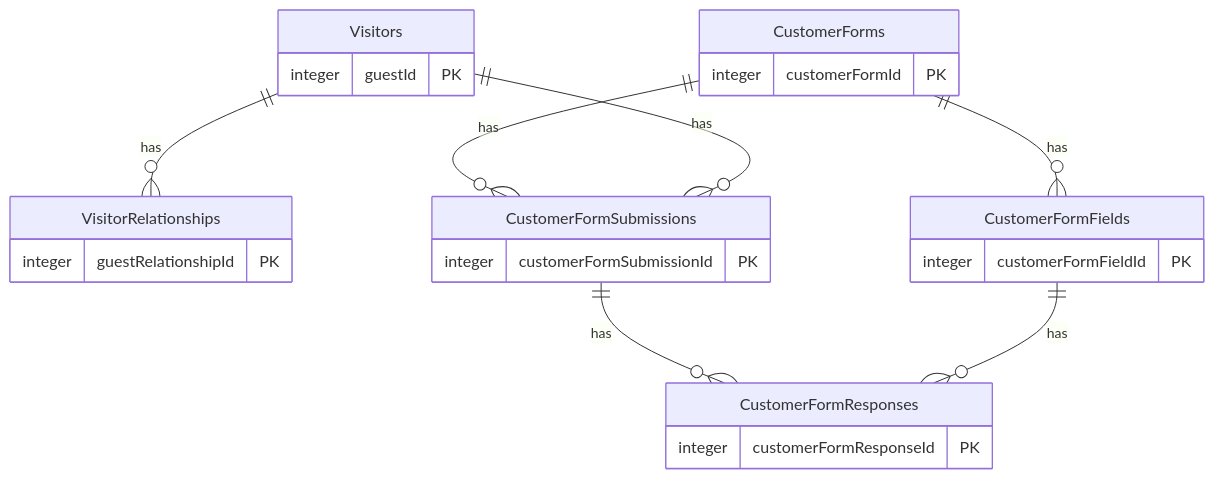
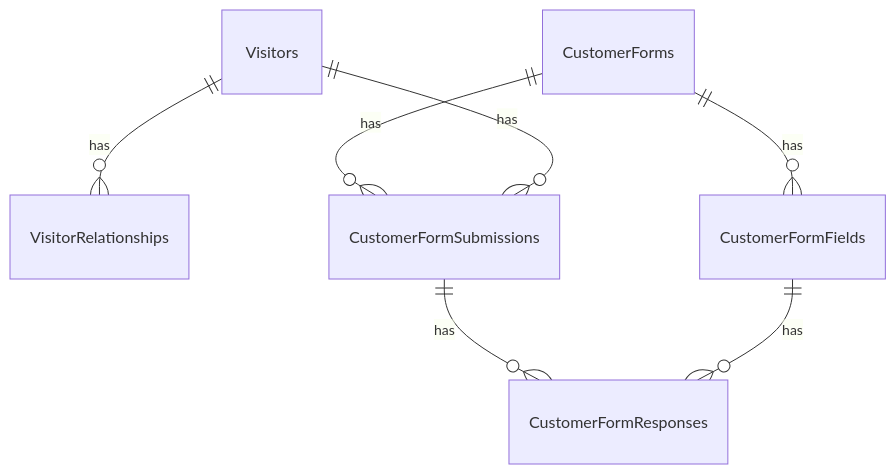
The fifth of 8 diagrams in Mermaid_Diagrams.md (Saksham-Gupta-GH/ER-Diagram), drawn with Mermaid before and after one commit. The commit also changed other lines of this file, not shown here.

Commit message:
fix: remove columns from Mermaid diagrams to prevent GitHub timeout

````diff
--- a/Mermaid_Diagrams.md
+++ b/Mermaid_Diagrams.md
@@ -282,27 +166,9 @@
 ```mermaid
 erDiagram
   Visitors ||--o{ VisitorRelationships : "has"
   CustomerForms ||--o{ CustomerFormFields : "has"
   CustomerForms ||--o{ CustomerFormSubmissions : "has"
   Visitors ||--o{ CustomerFormSubmissions : "has"
   CustomerFormSubmissions ||--o{ CustomerFormResponses : "has"
   CustomerFormFields ||--o{ CustomerFormResponses : "has"
-  VisitorRelationships {
-    integer guestRelationshipId PK
-  }
-  Visitors {
-    integer guestId PK
-  }
-  CustomerFormFields {
-    integer customerFormFieldId PK
-  }
-  CustomerForms {
-    integer customerFormId PK
-  }
-  CustomerFormSubmissions {
-    integer customerFormSubmissionId PK
-  }
-  CustomerFormResponses {
-    integer customerFormResponseId PK
-  }
 ```
````
